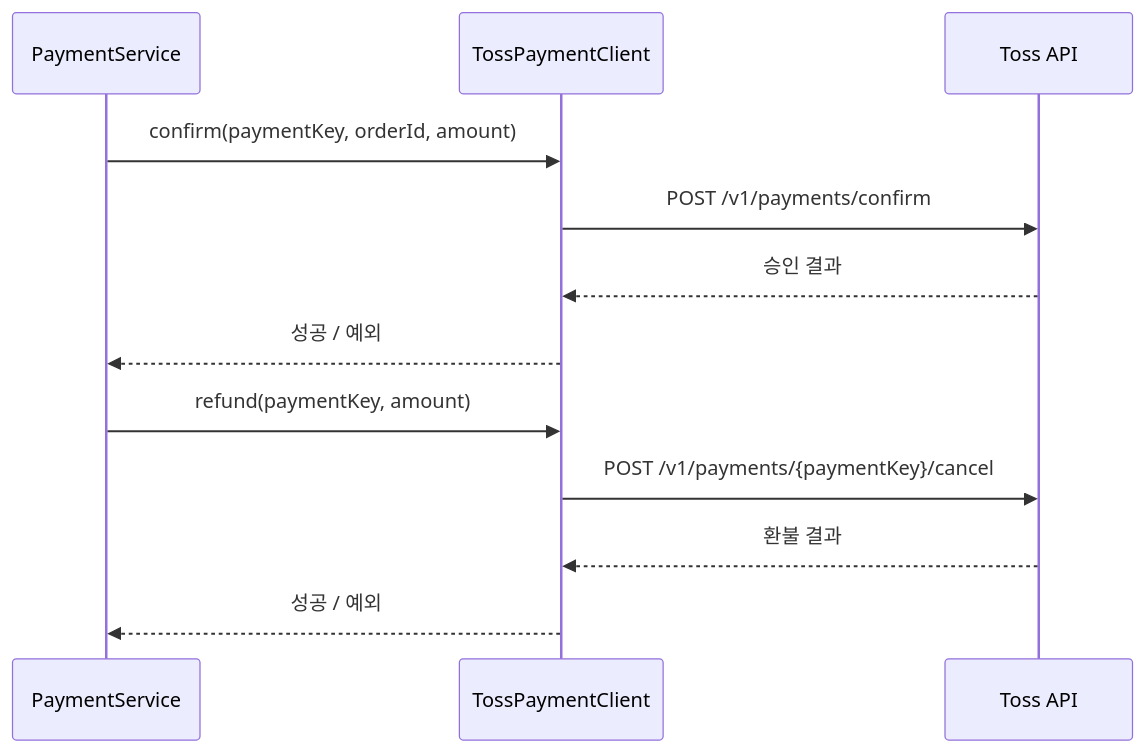
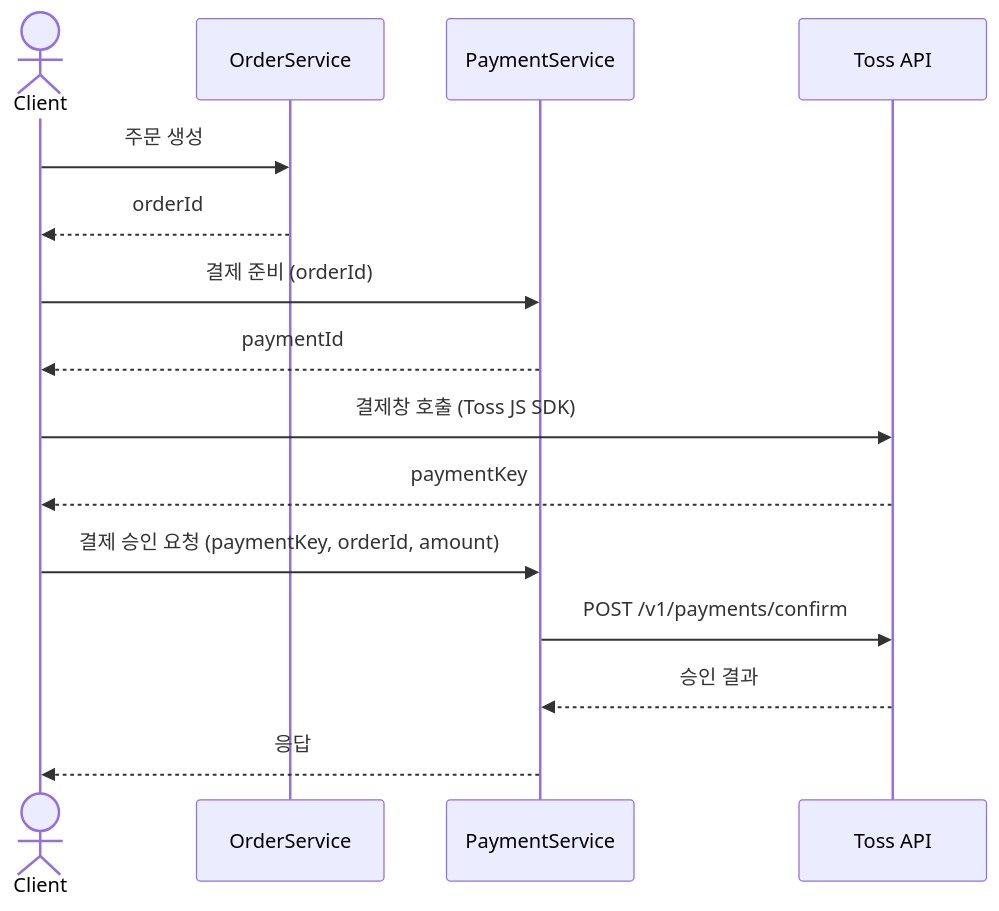
The second of 2 diagrams in docs/payment/payment.md (prgrms-be-adv-devcourse/beadv5_5_ChamomileChicken_BE), drawn with Mermaid before and after one commit.

Commit message:
docs: payment.md PG 연동 다이어그램에 Client 전체 흐름 추가

````diff
--- a/docs/payment/payment.md
+++ b/docs/payment/payment.md
@@ -192,16 +192,21 @@
 ```mermaid
 sequenceDiagram
-    participant PaySvc as PaymentService
-    participant Toss as TossPaymentClient
+    actor Client
+    participant Order as OrderService
+    participant Pay as PaymentService
     participant TossAPI as Toss API
 
-    PaySvc->>Toss: confirm(paymentKey, orderId, amount)
-    Toss->>TossAPI: POST /v1/payments/confirm
-    TossAPI-->>Toss: 승인 결과
-    Toss-->>PaySvc: 성공 / 예외
+    Client->>Order: 주문 생성
+    Order-->>Client: orderId
 
-    PaySvc->>Toss: refund(paymentKey, amount)
-    Toss->>TossAPI: POST /v1/payments/{paymentKey}/cancel
-    TossAPI-->>Toss: 환불 결과
-    Toss-->>PaySvc: 성공 / 예외
+    Client->>Pay: 결제 준비 (orderId)
+    Pay-->>Client: paymentId
+
+    Client->>TossAPI: 결제창 호출 (Toss JS SDK)
+    TossAPI-->>Client: paymentKey
+
+    Client->>Pay: 결제 승인 요청 (paymentKey, orderId, amount)
+    Pay->>TossAPI: POST /v1/payments/confirm
+    TossAPI-->>Pay: 승인 결과
+    Pay-->>Client: 응답
 ```
````
